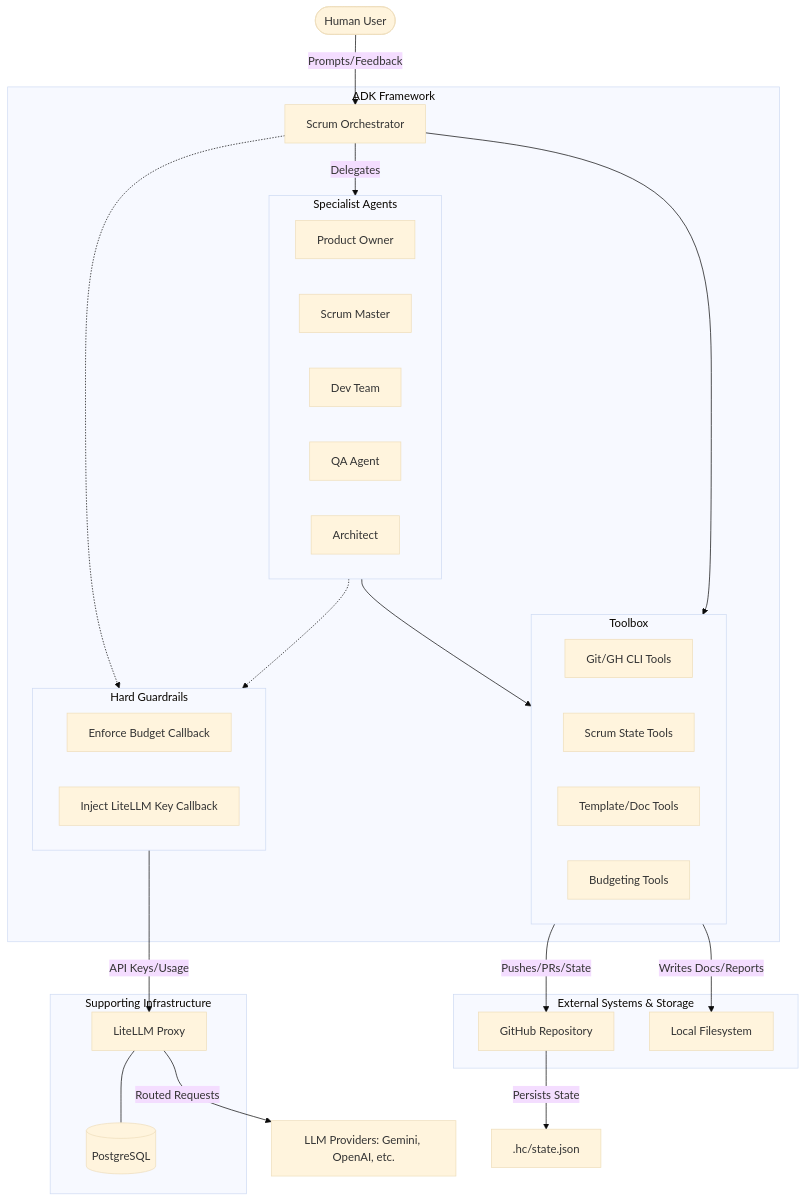
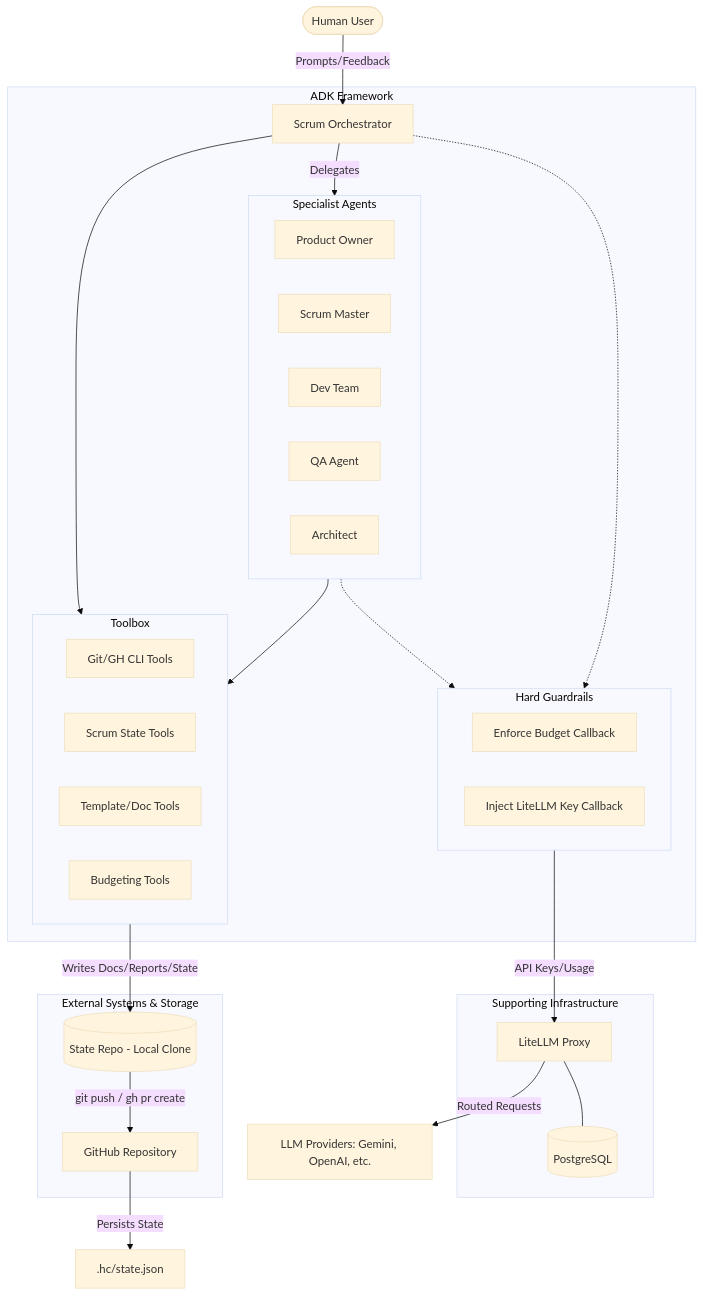
Before and after one commit to CI-Till-Krempel/Horseless-Carriage: the diagram in README.md, drawn with Mermaid (base theme). The commit also changed 8 other files, not shown here.

````diff
--- a/README.md
+++ b/README.md
@@ -188,54 +188,54 @@
 ```mermaid
 graph TD
     User([Human User]) -- Prompts/Feedback --> Orchestrator
     
     subgraph ADK_Framework [ADK Framework]
         Orchestrator[Scrum Orchestrator]
         
         subgraph Agents [Specialist Agents]
             PO[Product Owner]
             SM[Scrum Master]
             Dev[Dev Team]
             QA[QA Agent]
             Arch[Architect]
         end
         
         Orchestrator -- Delegates --> Agents
         
         subgraph Callbacks [Hard Guardrails]
             EnforceBudget[Enforce Budget Callback]
             InjectKey[Inject LiteLLM Key Callback]
         end
         
         subgraph Tools [Toolbox]
             GitTools[Git/GH CLI Tools]
             ScrumTools[Scrum State Tools]
             DocTools[Template/Doc Tools]
             BudgetTools[Budgeting Tools]
         end
     end
     
     Orchestrator -.-> Callbacks
     Agents -.-> Callbacks
     Agents --> Tools
     Orchestrator --> Tools
     
     subgraph Infrastructure [Supporting Infrastructure]
         LiteLLM[LiteLLM Proxy]
         DB[(PostgreSQL)]
         LiteLLM --- DB
     end
     
     subgraph External [External Systems & Storage]
+        Clone[(State Repo - Local Clone)]
         GH[GitHub Repository]
-        FS[Local Filesystem]
     end
     
     Callbacks -- API Keys/Usage --> LiteLLM
     LiteLLM -- Routed Requests --> Models[LLM Providers: Gemini, OpenAI, etc.]
     
-    Tools -- Pushes/PRs/State --> GH
-    Tools -- Writes Docs/Reports --> FS
+    Tools -- Writes Docs/Reports/State --> Clone
+    Clone -- git push / gh pr create --> GH
     
     GH -- Persists State --> StateFile[.hc/state.json]
 ```
````
